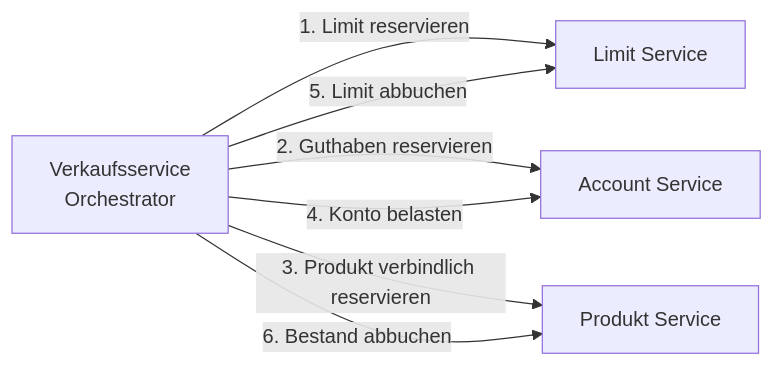
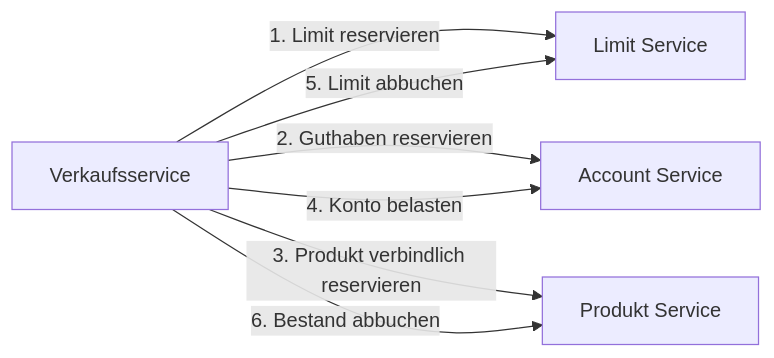
One commit to Adrian-Hansen-dev/second-hand-ticket-app changed the first of 6 diagrams in abgabe_projekt_2.md. Above: the diagram before and after it, drawn with Mermaid. The commit also changed other lines of this file, not shown here.

````diff
--- a/abgabe_projekt_2.md
+++ b/abgabe_projekt_2.md
@@ -10,14 +10,14 @@
 ```mermaid
 flowchart LR
-    VS[Verkaufsservice<br/>Orchestrator]
+    VS[Verkaufsservice]
     LS[Limit Service]
     AS[Account Service]
     PS[Produkt Service]
 
     VS -->|1. Limit reservieren| LS
     VS -->|2. Guthaben reservieren| AS
     VS -->|3. Produkt verbindlich reservieren| PS
     VS -->|4. Konto belasten| AS
     VS -->|5. Limit abbuchen| LS
     VS -->|6. Bestand abbuchen| PS
 ```
````
